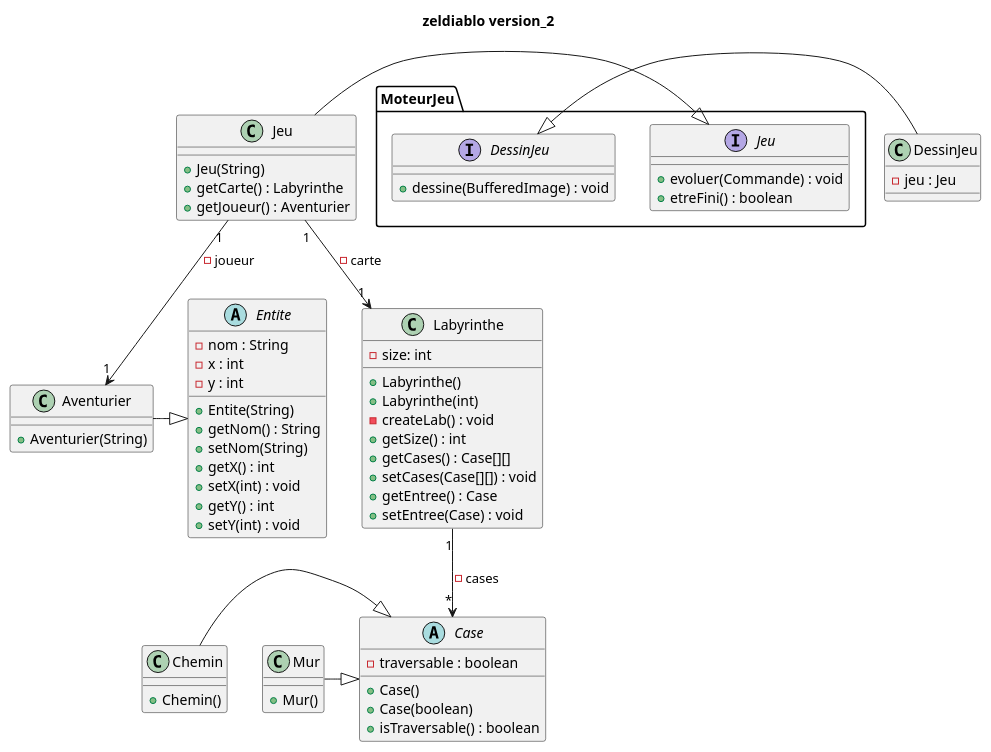
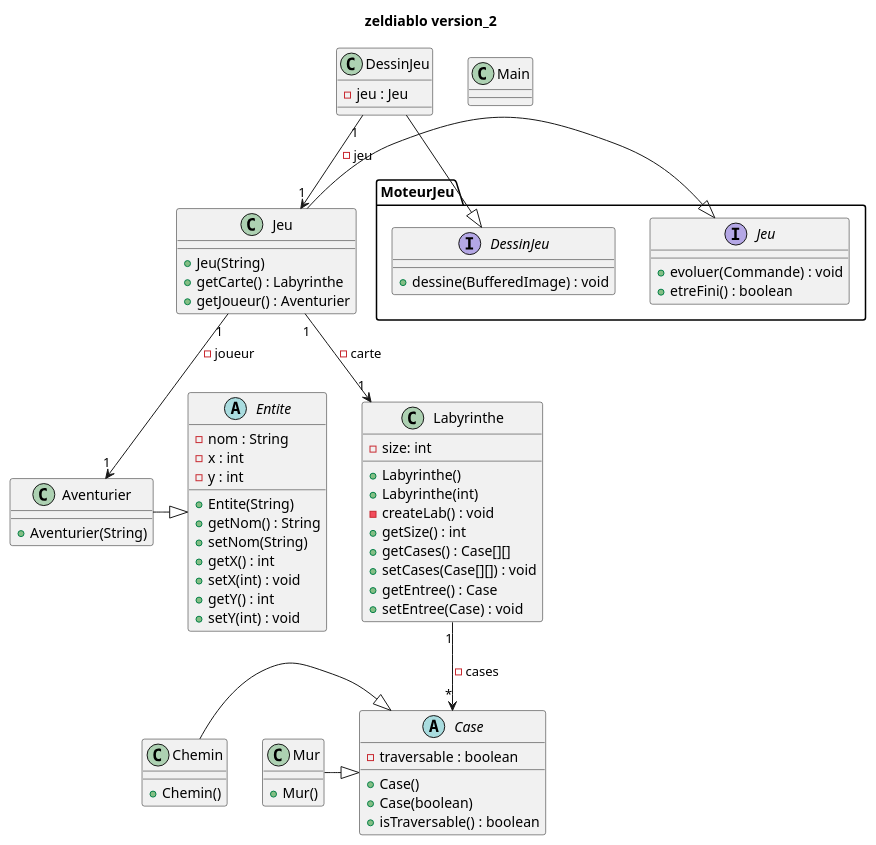
The diagram in documents/version_2/diagramme_classe_version_2.puml (toxicbloud/Zeldiablo), drawn with PlantUML before and after one commit.

Commit message:
diagramme de class zeldiablo v2

```diff
--- a/documents/version_2/diagramme_classe_version_2.puml
+++ b/documents/version_2/diagramme_classe_version_2.puml
@@ -1,87 +1,92 @@
 @startuml
 title zeldiablo version_2
 
 class Jeu{
 
     + Jeu(String)
     + getCarte() : Labyrinthe
     + getJoueur() : Aventurier
 }
 
 abstract class Case{
     - traversable : boolean
     + Case()
     + Case(boolean)
     + isTraversable() : boolean
 }
 
 class Chemin{
 
     + Chemin()
 }
 
 class Mur{
 
     + Mur()
 }
 
 class Labyrinthe{
 
     - size: int
 
     + Labyrinthe()
     + Labyrinthe(int)
     - createLab() : void
     + getSize() : int
     + getCases() : Case[][]
     + setCases(Case[][]) : void
     + getEntree() : Case
     + setEntree(Case) : void
 }
 
 
 
 abstract class Entite{
 
     - nom : String
     - x : int
     - y : int
 
     + Entite(String)
     + getNom() : String
     + setNom(String)
     + getX() : int
     + setX(int) : void
     + getY() : int
     + setY(int) : void
 
 }
 
 class Aventurier{
 
     + Aventurier(String)
 }
 
 class DessinJeu{
     - jeu : Jeu
 }
 
+class Main{
+
+}
+
 interface MoteurJeu.DessinJeu{
     + dessine(BufferedImage) : void
 }
 
 interface MoteurJeu.Jeu{
     + evoluer(Commande) : void
     + etreFini() : boolean
 }
 
+
 Labyrinthe "1" --> "*" Case : - cases
 Chemin -|> Case
 Mur -|> Case
 Jeu -|> MoteurJeu.Jeu
 DessinJeu -|> MoteurJeu.DessinJeu
 Aventurier -|> Entite
 Jeu "1" --> "1" Labyrinthe : - carte
 Jeu "1" --> "1" Aventurier : - joueur
-
+DessinJeu "1" --> "1" Jeu : - jeu
 @enduml
```
